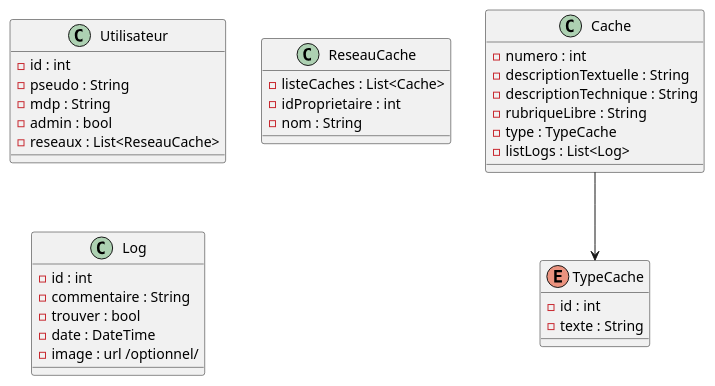
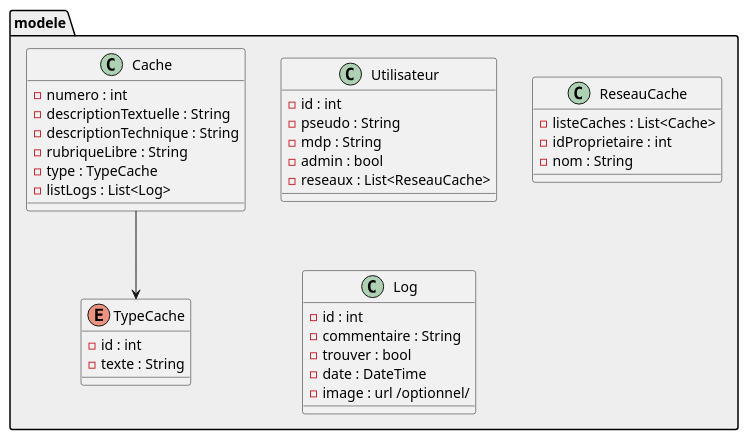
Before and after one commit to Thomas-Duthoit/ge-OO-cache: the diagram in conception/UML/diagramme_classes.puml, drawn with PlantUML.

```diff
--- a/conception/UML/diagramme_classes.puml
+++ b/conception/UML/diagramme_classes.puml
@@ -1,39 +1,45 @@
 @startuml
+
+package "modele" #EEEEEE{
+
 class Utilisateur{
   - id : int
   - pseudo : String 
   - mdp : String
   - admin : bool
   - reseaux : List<ReseauCache>
 }
 
 class ReseauCache{
   - listeCaches : List<Cache>
   - idProprietaire : int
   - nom : String
 }
 
 class Cache{
   - numero : int
   - descriptionTextuelle : String
   - descriptionTechnique : String 
   - rubriqueLibre : String
   - type : TypeCache
   - listLogs : List<Log>
 }
 
 enum TypeCache{
   - id : int 
   - texte : String
 }
 
 class Log{
   - id : int
   - commentaire : String
   - trouver : bool
   - date : DateTime
   - image : url /optionnel/
 }
 
 Cache --> TypeCache
+
+}
+
 @enduml
```
